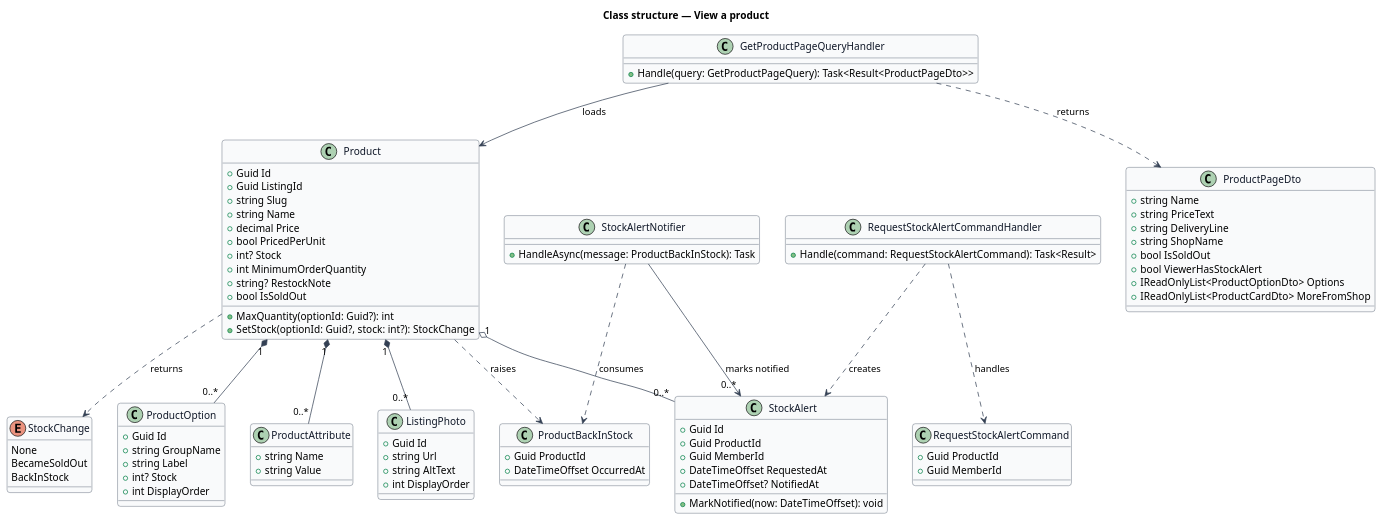
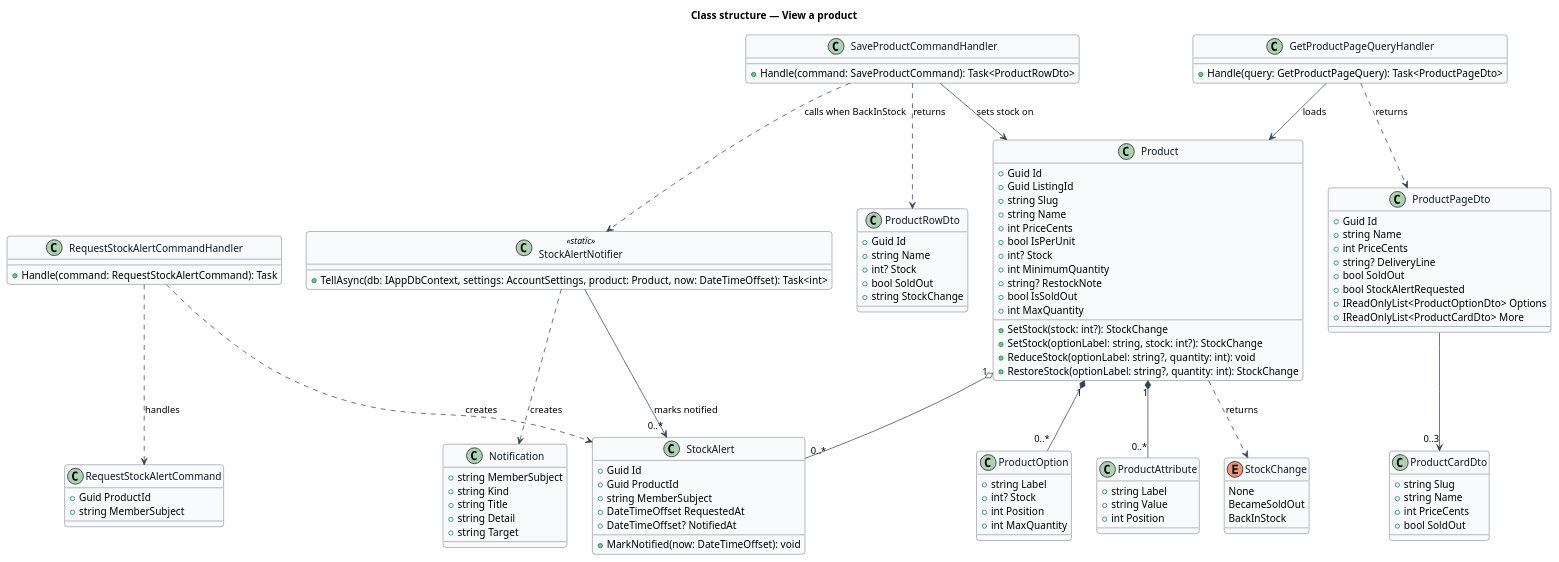
The diagram in docs/detailed-designs/listings/view-product/diagrams/class-structure.puml (QuinntyneBrown/jubilee), drawn with PlantUML before and after one commit. The commit also changed 28 other files, not shown here.

First line of the commit message:
Specify the rest of journey 2: sold-out cards, the preview status, back-in-stock notices

```diff
--- a/docs/detailed-designs/listings/view-product/diagrams/class-structure.puml
+++ b/docs/detailed-designs/listings/view-product/diagrams/class-structure.puml
@@ -1,111 +1,131 @@
 @startuml
 ' --- shared skin header ---
 skinparam backgroundColor #FFFFFF
 skinparam shadowing false
 skinparam roundcorner 8
 skinparam defaultFontName Arial
 skinparam ArrowColor #344054
 skinparam class {
   BorderColor #344054
   FontColor #101828
   BackgroundColor #F9FAFB
 }
 ' --------------------------
 title Class structure — View a product
 
 enum StockChange {
   None
   BecameSoldOut
   BackInStock
 }
 
 class Product {
   +Guid Id
   +Guid ListingId
   +string Slug
   +string Name
-  +decimal Price
-  +bool PricedPerUnit
+  +int PriceCents
+  +bool IsPerUnit
   +int? Stock
-  +int MinimumOrderQuantity
+  +int MinimumQuantity
   +string? RestockNote
   +bool IsSoldOut
-  +MaxQuantity(optionId: Guid?): int
-  +SetStock(optionId: Guid?, stock: int?): StockChange
+  +int MaxQuantity
+  +SetStock(stock: int?): StockChange
+  +SetStock(optionLabel: string, stock: int?): StockChange
+  +ReduceStock(optionLabel: string?, quantity: int): void
+  +RestoreStock(optionLabel: string?, quantity: int): StockChange
 }
 
 class ProductOption {
-  +Guid Id
-  +string GroupName
   +string Label
   +int? Stock
-  +int DisplayOrder
+  +int Position
+  +int MaxQuantity
 }
 
 class ProductAttribute {
-  +string Name
+  +string Label
   +string Value
-}
-
-class ListingPhoto {
-  +Guid Id
-  +string Url
-  +string AltText
-  +int DisplayOrder
+  +int Position
 }
 
 class StockAlert {
   +Guid Id
   +Guid ProductId
-  +Guid MemberId
+  +string MemberSubject
   +DateTimeOffset RequestedAt
   +DateTimeOffset? NotifiedAt
   +MarkNotified(now: DateTimeOffset): void
 }
 
 class GetProductPageQueryHandler {
-  +Handle(query: GetProductPageQuery): Task<Result<ProductPageDto>>
+  +Handle(query: GetProductPageQuery): Task<ProductPageDto>
 }
 
 class ProductPageDto {
+  +Guid Id
   +string Name
-  +string PriceText
-  +string DeliveryLine
-  +string ShopName
-  +bool IsSoldOut
-  +bool ViewerHasStockAlert
+  +int PriceCents
+  +string? DeliveryLine
+  +bool SoldOut
+  +bool StockAlertRequested
   +IReadOnlyList<ProductOptionDto> Options
-  +IReadOnlyList<ProductCardDto> MoreFromShop
+  +IReadOnlyList<ProductCardDto> More
+}
+
+class ProductCardDto {
+  +string Slug
+  +string Name
+  +int PriceCents
+  +bool SoldOut
 }
 
 class RequestStockAlertCommand {
   +Guid ProductId
-  +Guid MemberId
+  +string MemberSubject
 }
 
 class RequestStockAlertCommandHandler {
-  +Handle(command: RequestStockAlertCommand): Task<Result>
+  +Handle(command: RequestStockAlertCommand): Task
 }
 
-class ProductBackInStock {
-  +Guid ProductId
-  +DateTimeOffset OccurredAt
+class SaveProductCommandHandler {
+  +Handle(command: SaveProductCommand): Task<ProductRowDto>
 }
 
-class StockAlertNotifier {
-  +HandleAsync(message: ProductBackInStock): Task
+class ProductRowDto {
+  +Guid Id
+  +string Name
+  +int? Stock
+  +bool SoldOut
+  +string StockChange
+}
+
+class StockAlertNotifier <<static>> {
+  +TellAsync(db: IAppDbContext, settings: AccountSettings, product: Product, now: DateTimeOffset): Task<int>
+}
+
+class Notification {
+  +string MemberSubject
+  +string Kind
+  +string Title
+  +string Detail
+  +string Target
 }
 
 Product "1" *-- "0..*" ProductOption
 Product "1" *-- "0..*" ProductAttribute
-Product "1" *-- "0..*" ListingPhoto
 Product "1" o-- "0..*" StockAlert
 Product ..> StockChange : returns
-Product ..> ProductBackInStock : raises
 GetProductPageQueryHandler ..> ProductPageDto : returns
 GetProductPageQueryHandler --> Product : loads
+ProductPageDto --> "0..3" ProductCardDto
 RequestStockAlertCommandHandler ..> RequestStockAlertCommand : handles
 RequestStockAlertCommandHandler ..> StockAlert : creates
-StockAlertNotifier ..> ProductBackInStock : consumes
+SaveProductCommandHandler --> Product : sets stock on
+SaveProductCommandHandler ..> ProductRowDto : returns
+SaveProductCommandHandler ..> StockAlertNotifier : calls when BackInStock
 StockAlertNotifier --> "0..*" StockAlert : marks notified
+StockAlertNotifier ..> Notification : creates
 @enduml
```
